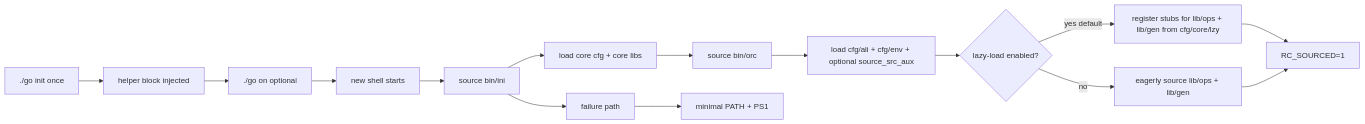
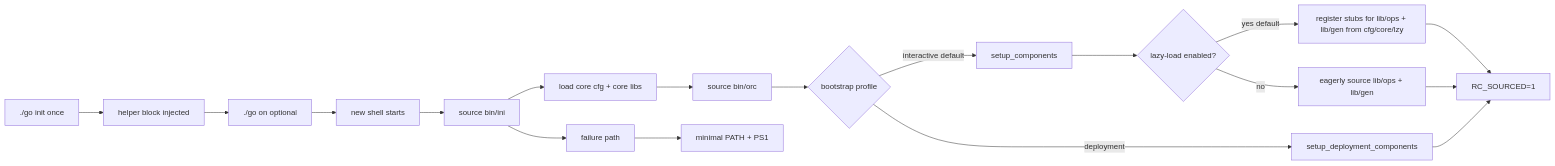
The second of 2 diagrams in doc/arc/01-bootstrap-and-orchestration.md (woeiru/lab), drawn with Mermaid before and after one commit. The commit also changed other lines of this file and 9 other files, not shown here.

````diff
--- a/doc/arc/01-bootstrap-and-orchestration.md
+++ b/doc/arc/01-bootstrap-and-orchestration.md
@@ -116,17 +117,20 @@
 ```mermaid
 flowchart LR
     A[./go init once] --> B[helper block injected]
     B --> C[./go on optional]
     C --> D[new shell starts]
     D --> E[source bin/ini]
     E --> F[load core cfg + core libs]
     F --> G[source bin/orc]
-    G --> H[load cfg/ali + cfg/env + optional source_src_aux]
-    H --> I{lazy-load enabled?}
-    I -->|yes default| J[register stubs for lib/ops + lib/gen from cfg/core/lzy]
-    I -->|no| K[eagerly source lib/ops + lib/gen]
-    J --> L[RC_SOURCED=1]
-    K --> L
-    E --> M[failure path]
-    M --> N[minimal PATH + PS1]
+    G --> H{bootstrap profile}
+    H -->|interactive default| I[setup_components]
+    I --> J{lazy-load enabled?}
+    J -->|yes default| K[register stubs for lib/ops + lib/gen from cfg/core/lzy]
+    J -->|no| L[eagerly source lib/ops + lib/gen]
+    K --> R[RC_SOURCED=1]
+    L --> R
+    H -->|deployment| N[setup_deployment_components]
+    N --> R
+    E --> X[failure path]
+    X --> Y[minimal PATH + PS1]
 ```
````
